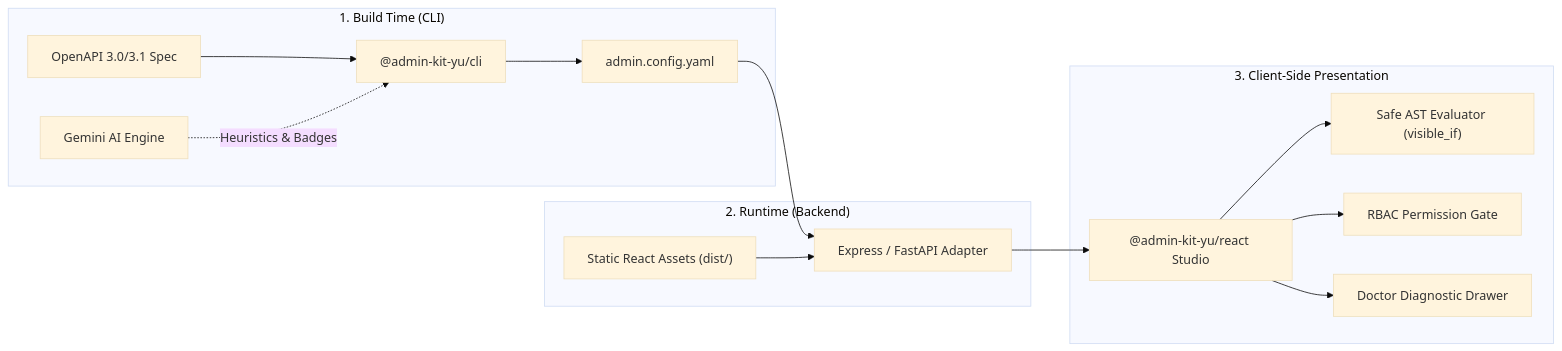
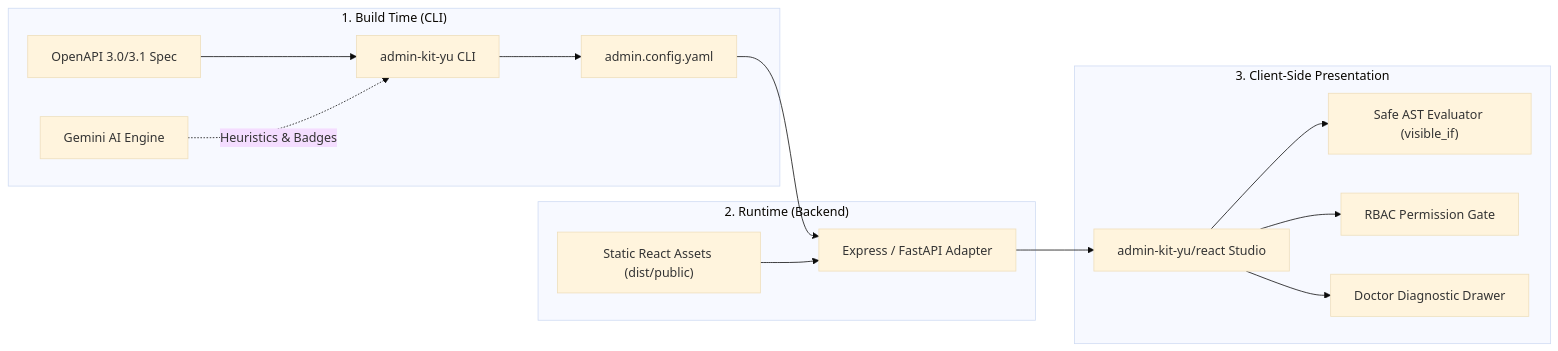
One commit to zour-yu/admin-kit changed the diagram in README.md. Above: the diagram before and after it, drawn with Mermaid (base theme). The commit also changed other lines of this file and 124 other files, not shown here.

First line of the commit message:
feat(release): consolidate packages into unified admin-kit-yu v0.3.0

````diff
--- a/README.md
+++ b/README.md
@@ -27,20 +27,20 @@
 ```mermaid
 flowchart LR
     subgraph BuildTime["1. Build Time (CLI)"]
-        Spec["OpenAPI 3.0/3.1 Spec"] --> CLI["@admin-kit-yu/cli"]
+        Spec["OpenAPI 3.0/3.1 Spec"] --> CLI["admin-kit-yu CLI"]
         Gemini["Gemini AI Engine"] -.->|Heuristics & Badges| CLI
         CLI --> Config["admin.config.yaml"]
     end
 
     subgraph Runtime["2. Runtime (Backend)"]
         Config --> Server["Express / FastAPI Adapter"]
-        StaticBundle["Static React Assets (dist/)"] --> Server
+        StaticBundle["Static React Assets (dist/public)"] --> Server
     end
 
     subgraph Client["3. Client-Side Presentation"]
-        Server --> SPA["@admin-kit-yu/react Studio"]
+        Server --> SPA["admin-kit-yu/react Studio"]
         SPA --> AST["Safe AST Evaluator (visible_if)"]
         SPA --> RBAC["RBAC Permission Gate"]
         SPA --> Doctor["Doctor Diagnostic Drawer"]
     end
 ```
````
